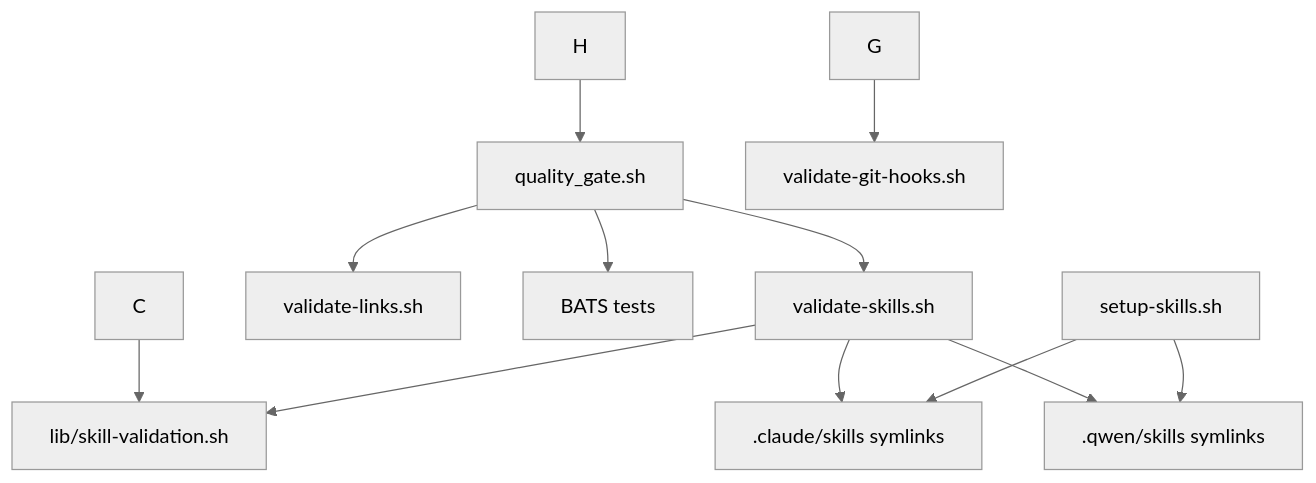
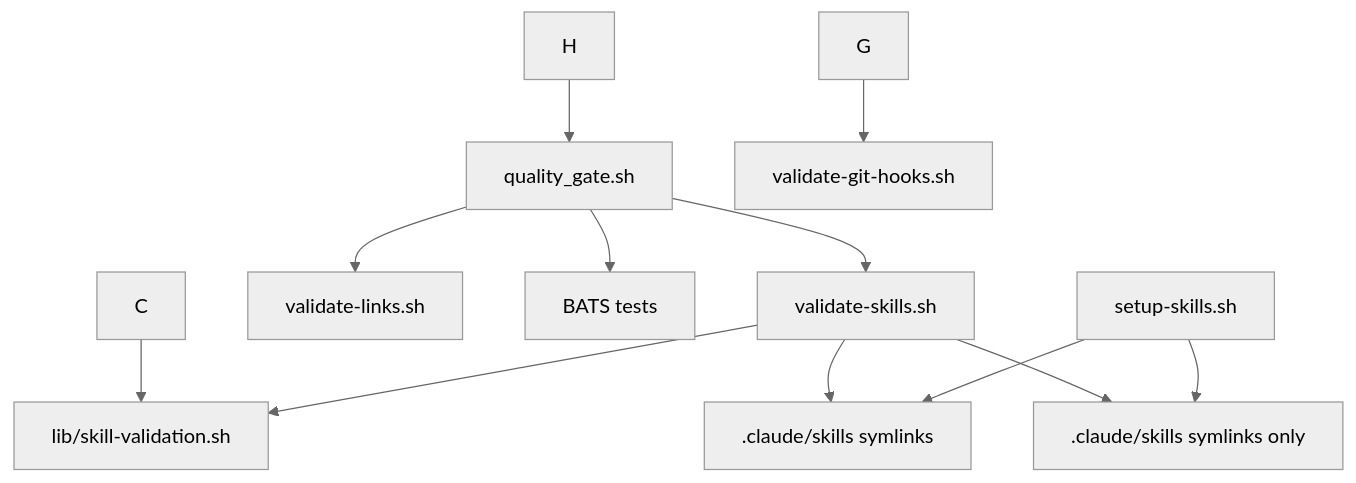
Before and after one commit to d-o-hub/github-template-ai-agents: the diagram in agents-docs/SCRIPTS.md, drawn with Mermaid (neutral theme). The commit also changed 154 other files, not shown here.

````diff
--- a/agents-docs/SCRIPTS.md
+++ b/agents-docs/SCRIPTS.md
@@ -83,15 +83,15 @@
 ```mermaid
 graph TD
     A[quality_gate.sh] --> B[validate-skills.sh]
 
     A --> D[validate-links.sh]
     A --> E[BATS tests]
     B --> F[lib/skill-validation.sh]
     C --> F
     G --> I[validate-git-hooks.sh]
     H --> A
     J[setup-skills.sh] --> K[.claude/skills symlinks]
-    J --> M[.qwen/skills symlinks]
+    J --> M[.claude/skills symlinks only]
     B --> K
     B --> M
 ```
````
